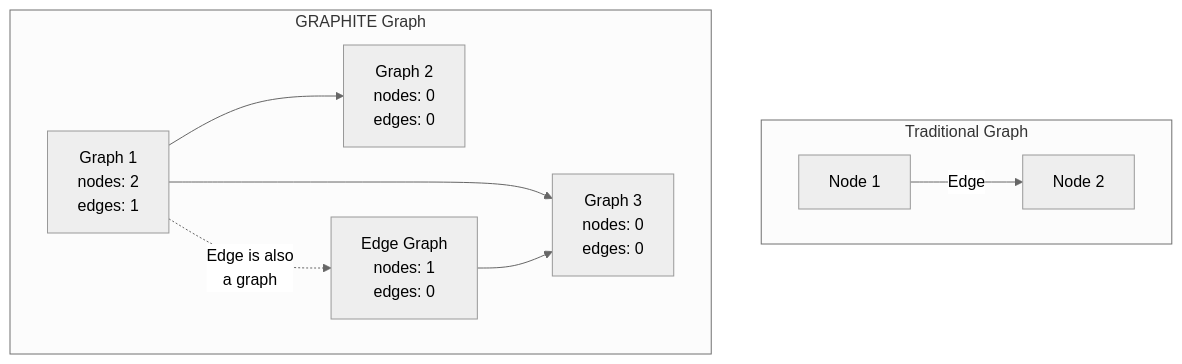
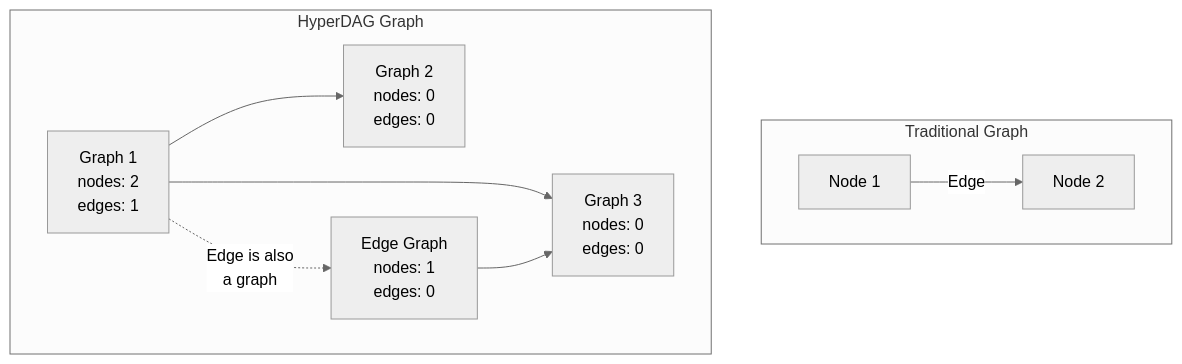
The first of 9 diagrams in volumes/volume-1-foundation/part-2-data-runtime.md (turtlgraph/docs), drawn with Mermaid (neutral theme) before and after one commit. The commit also changed other lines of this file and 10 other files, not shown here.

First line of the commit message:
docs: Replace all GRAPHITE references with TurtlGraph/HyperDAG

````diff
--- a/volumes/volume-1-foundation/part-2-data-runtime.md
+++ b/volumes/volume-1-foundation/part-2-data-runtime.md
@@ -29,20 +29,20 @@
 ```mermaid
 graph TB
     subgraph "Traditional Graph"
         N1["Node 1"]
         N2["Node 2"]
         N1 -->|Edge| N2
     end
     
-    subgraph "GRAPHITE Graph"
+    subgraph "HyperDAG Graph"
         G1["Graph 1<br/>nodes: 2<br/>edges: 1"]
         G2["Graph 2<br/>nodes: 0<br/>edges: 0"]
         G3["Graph 3<br/>nodes: 0<br/>edges: 0"]
         GE["Edge Graph<br/>nodes: 1<br/>edges: 0"]
         
         G1 --> G2
         G1 --> G3
         G1 -.->|"Edge is also<br/>a graph"| GE
         GE --> G3
     end
 ```
````
